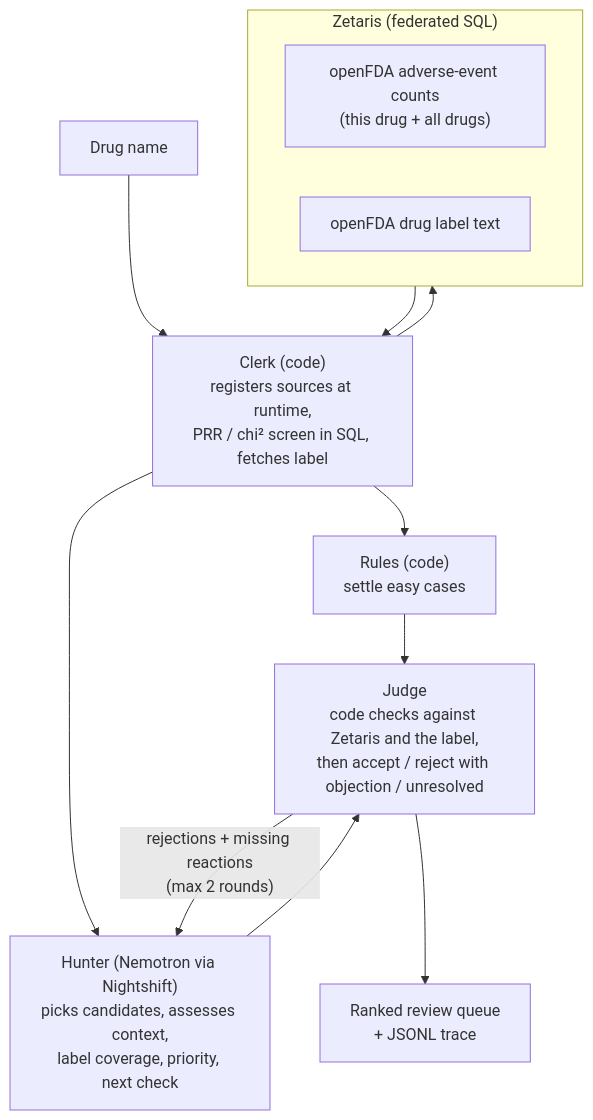
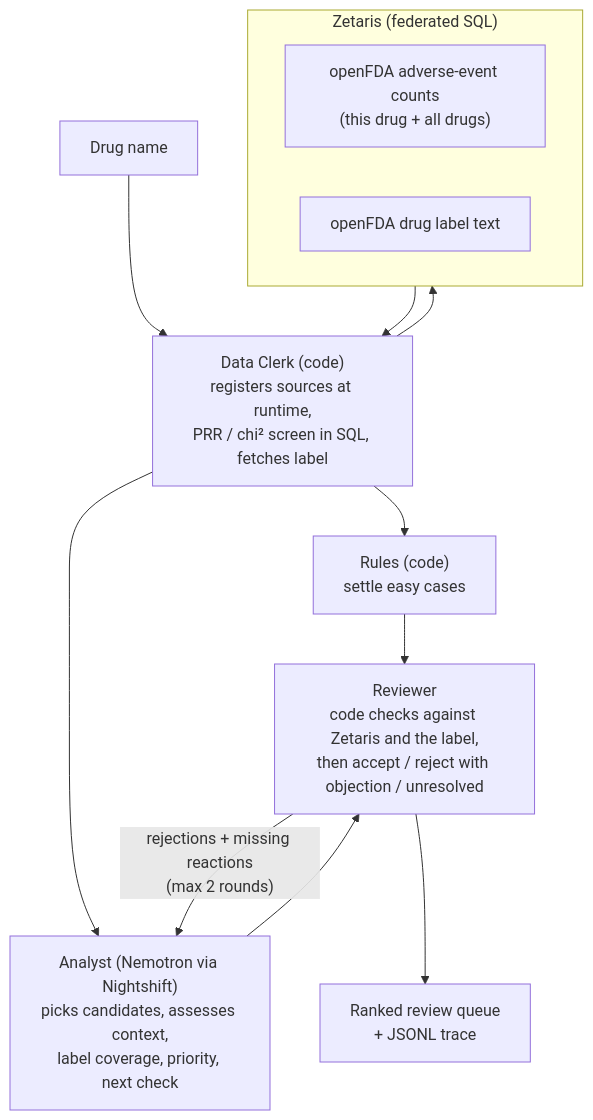
The diagram in README.md (realRickyNguyen/Vigil-Agent), drawn with Mermaid before and after one commit. The commit also changed other lines of this file and 27 other files, not shown here.

First line of the commit message:
Rename to Vigil: Drug Reaction Review; agents Data Clerk, Analyst, Reviewer

````diff
--- a/README.md
+++ b/README.md
@@ -82,16 +82,16 @@
 ```mermaid
 flowchart TD
     IN["Drug name"] --> CLERK
     subgraph Z["Zetaris (federated SQL)"]
       FAERS["openFDA adverse-event counts<br/>(this drug + all drugs)"]
       LABEL["openFDA drug label text"]
     end
-    CLERK["Clerk (code)<br/>registers sources at runtime,<br/>PRR / chi² screen in SQL, fetches label"] --> Z
+    CLERK["Data Clerk (code)<br/>registers sources at runtime,<br/>PRR / chi² screen in SQL, fetches label"] --> Z
     Z --> CLERK
     CLERK --> RULES["Rules (code)<br/>settle easy cases"]
-    CLERK --> HUNTER["Hunter (Nemotron via Nightshift)<br/>picks candidates, assesses context,<br/>label coverage, priority, next check"]
+    CLERK --> HUNTER["Analyst (Nemotron via Nightshift)<br/>picks candidates, assesses context,<br/>label coverage, priority, next check"]
     RULES --> JUDGE
-    HUNTER --> JUDGE["Judge<br/>code checks against Zetaris and the label,<br/>then accept / reject with objection / unresolved"]
+    HUNTER --> JUDGE["Reviewer<br/>code checks against Zetaris and the label,<br/>then accept / reject with objection / unresolved"]
     JUDGE -- "rejections + missing reactions<br/>(max 2 rounds)" --> HUNTER
     JUDGE --> OUT["Ranked review queue<br/>+ JSONL trace"]
 ```
````
